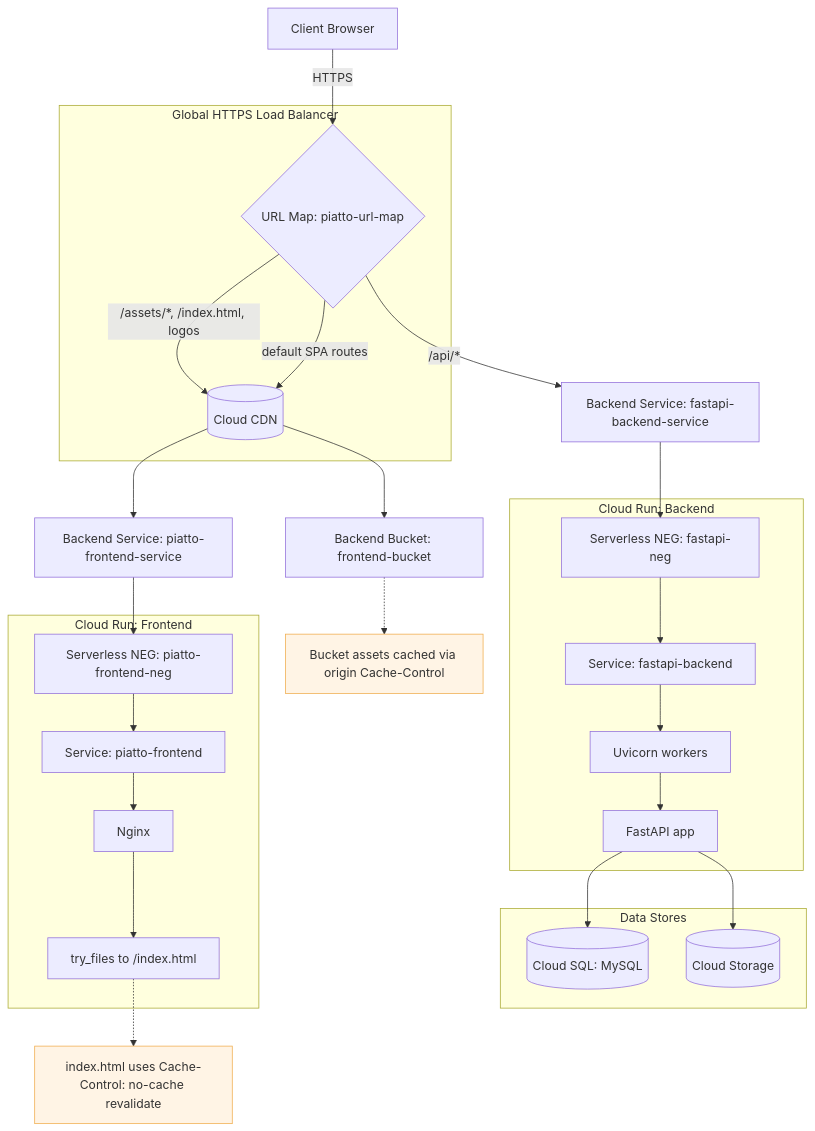
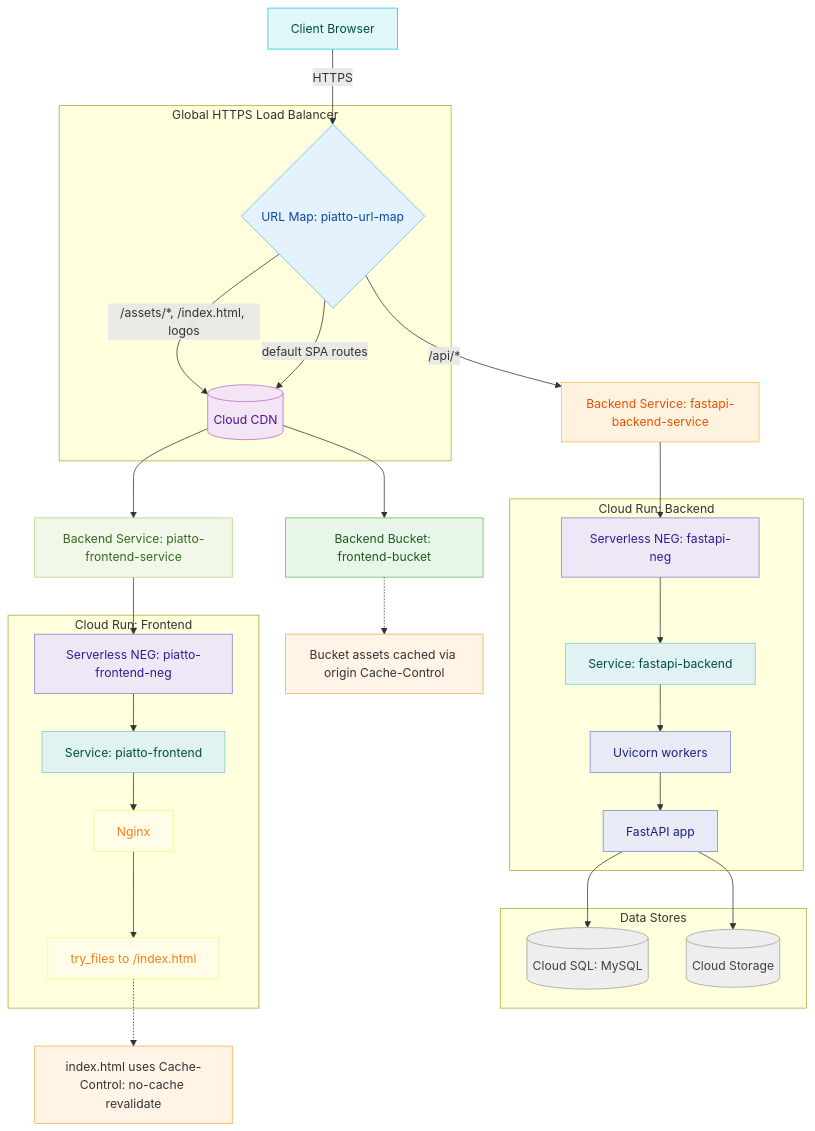
The diagram in docs/flowchart.mermaid (M4RKUS28/Piatto), drawn with Mermaid before and after one commit. The commit also changed 2 other files, not shown here.

Commit message:
Enhance flowchart styling with new color themes and class definitions for better visualization

```diff
--- a/docs/flowchart.mermaid
+++ b/docs/flowchart.mermaid
@@ -1,54 +1,81 @@
 flowchart TD
   A[Client Browser]
 
   subgraph LB[Global HTTPS Load Balancer]
     URLMAP{URL Map: piatto-url-map}
     CDN[(Cloud CDN)]
   end
 
   %% Routing decision
   A -->|HTTPS| URLMAP
 
   %% URL map rules
   URLMAP -->|/api/*| BS_API[Backend Service: fastapi-backend-service]
   URLMAP -->|/assets/*, /index.html, logos| CDN
   URLMAP -->|default SPA routes| CDN
 
   %% CDN paths
   CDN --> BB[Backend Bucket: frontend-bucket]
   CDN --> BS_FE[Backend Service: piatto-frontend-service]
 
   %% Backend (API)
   subgraph CR_API[Cloud Run: Backend]
     NEG_API[Serverless NEG: fastapi-neg]
     SRV_API[Service: fastapi-backend]
     UVICORN[Uvicorn workers]
     FASTAPI[FastAPI app]
   end
   BS_API --> NEG_API --> SRV_API --> UVICORN --> FASTAPI
 
   %% Data stores
   subgraph DATA[Data Stores]
     SQL[(Cloud SQL: MySQL)]
     GCS[(Cloud Storage)]
   end
   FASTAPI --> SQL
   FASTAPI --> GCS
 
   %% Frontend (Nginx)
   subgraph CR_FE[Cloud Run: Frontend]
     NEG_FE[Serverless NEG: piatto-frontend-neg]
     SRV_FE[Service: piatto-frontend]
     NGINX[Nginx]
     TRYFILES[try_files to /index.html]
   end
   BS_FE --> NEG_FE --> SRV_FE --> NGINX --> TRYFILES
 
   %% Notes as nodes
   BB_NOTE[Bucket assets cached via origin Cache-Control]:::note
   INDEX_NOTE[index.html uses Cache-Control: no-cache revalidate]:::note
 
   BB -.-> BB_NOTE
   TRYFILES -.-> INDEX_NOTE
 
   classDef note fill:#fff4e5,stroke:#f0ad4e,stroke-width:1px,color:#333;
+
+  %% Color theme
+  classDef entry fill:#e0f7fa,stroke:#26c6da,stroke-width:1px,color:#004d40;
+  classDef lb fill:#e3f2fd,stroke:#64b5f6,stroke-width:1px,color:#0d47a1;
+  classDef cdn fill:#f3e5f5,stroke:#ba68c8,stroke-width:1px,color:#4a148c;
+  classDef bucket fill:#e8f5e9,stroke:#66bb6a,stroke-width:1px,color:#1b5e20;
+  classDef bsapi fill:#fff3e0,stroke:#ffb74d,stroke-width:1px,color:#e65100;
+  classDef bsfe fill:#f1f8e9,stroke:#aed581,stroke-width:1px,color:#33691e;
+  classDef neg fill:#ede7f6,stroke:#9575cd,stroke-width:1px,color:#311b92;
+  classDef run fill:#e0f2f1,stroke:#80cbc4,stroke-width:1px,color:#004d40;
+  classDef app fill:#e8eaf6,stroke:#7986cb,stroke-width:1px,color:#1a237e;
+  classDef nginx fill:#fffde7,stroke:#fff176,stroke-width:1px,color:#f57f17;
+  classDef data fill:#eeeeee,stroke:#9e9e9e,stroke-width:1px,color:#424242;
+
+  %% Apply classes
+  class A entry;
+  class URLMAP lb;
+  class CDN cdn;
+  class BB bucket;
+  class BS_FE bsfe;
+  class BS_API bsapi;
+  class NEG_API,NEG_FE neg;
+  class SRV_API,SRV_FE run;
+  class UVICORN,FASTAPI app;
+  class NGINX,TRYFILES nginx;
+  class SQL,GCS data;
+  class BB_NOTE,INDEX_NOTE note;
```
